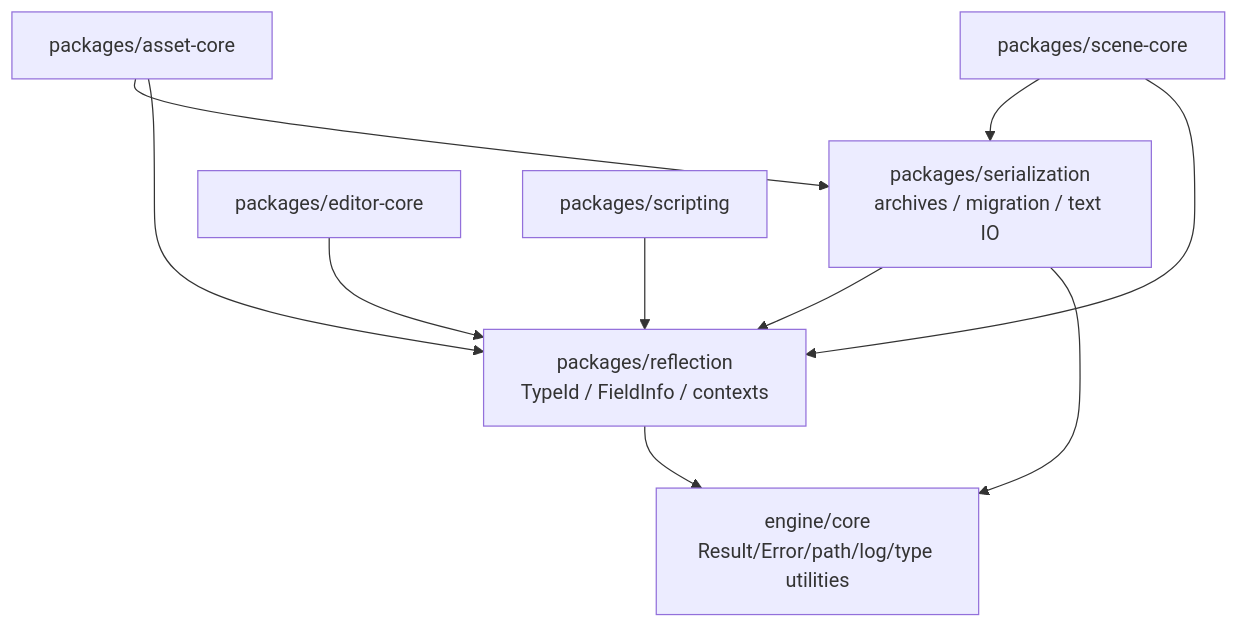
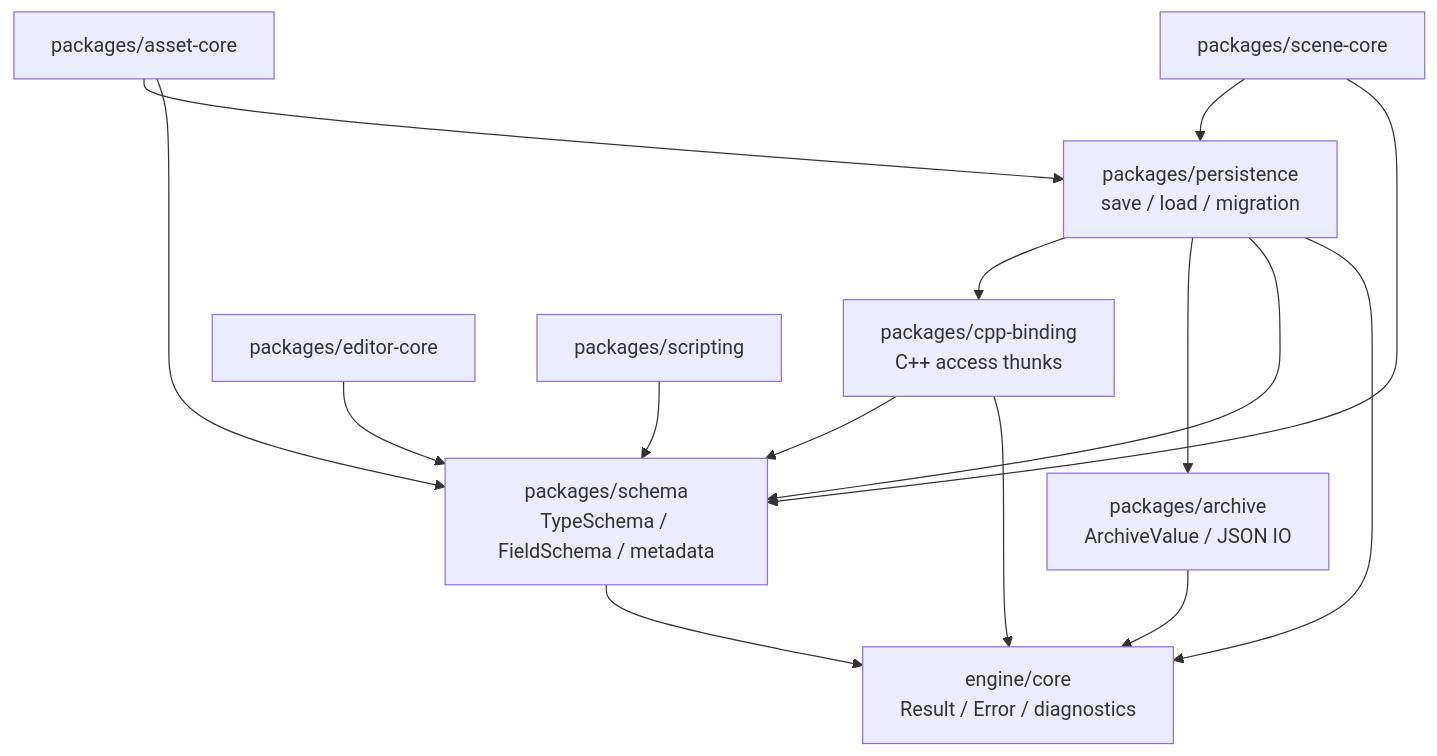
Before and after one commit to 66six11/Engine: the first of 3 diagrams in docs/systems/reflection-serialization.md, drawn with Mermaid. The commit also changed other lines of this file and 10 other files, not shown here.

Commit message:
docs: reset schema persistence architecture

````diff
--- a/docs/systems/reflection-serialization.md
+++ b/docs/systems/reflection-serialization.md
@@ -64,20 +97,27 @@
 ```mermaid
 flowchart TD
-    Core["engine/core<br/>Result/Error/path/log/type utilities"]
-    Reflection["packages/reflection<br/>TypeId / FieldInfo / contexts"]
-    Serialization["packages/serialization<br/>archives / migration / text IO"]
+    Core["engine/core<br/>Result / Error / diagnostics"]
+    Schema["packages/schema<br/>TypeSchema / FieldSchema / metadata"]
+    Archive["packages/archive<br/>ArchiveValue / JSON IO"]
+    Binding["packages/cpp-binding<br/>C++ access thunks"]
+    Persistence["packages/persistence<br/>save / load / migration"]
     Scene["packages/scene-core"]
     Asset["packages/asset-core"]
     Editor["packages/editor-core"]
     Scripting["packages/scripting"]
 
-    Reflection --> Core
-    Serialization --> Core
-    Serialization --> Reflection
-    Scene --> Reflection
-    Scene --> Serialization
-    Asset --> Reflection
-    Asset --> Serialization
-    Editor --> Reflection
-    Scripting --> Reflection
+    Schema --> Core
+    Archive --> Core
+    Binding --> Core
+    Binding --> Schema
+    Persistence --> Core
+    Persistence --> Schema
+    Persistence --> Archive
+    Persistence --> Binding
+    Scene --> Schema
+    Scene --> Persistence
+    Asset --> Schema
+    Asset --> Persistence
+    Editor --> Schema
+    Scripting --> Schema
 ```
````
